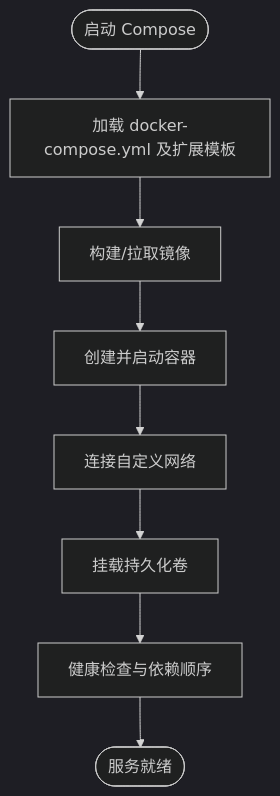
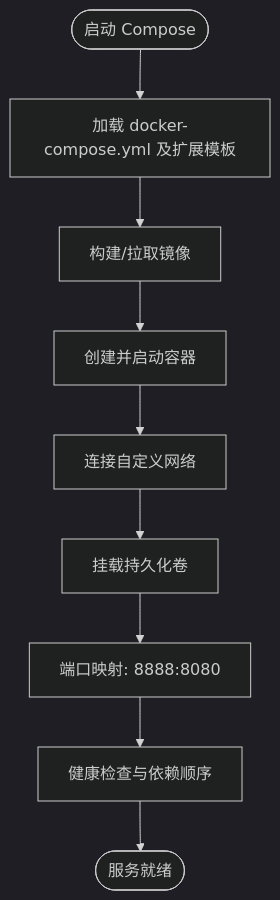
One commit to mcmrzy/cs_inv_monitor-develop changed the third of 9 diagrams in .qoder/repowiki/zh/content/部署与运维/部署与运维.md. Above: the diagram before and after it, drawn with Mermaid (dark theme). The commit also changed other lines of this file and 28 other files, not shown here.

````diff
--- a/.qoder/repowiki/zh/content/部署与运维/部署与运维.md
+++ b/.qoder/repowiki/zh/content/部署与运维/部署与运维.md
@@ -182,10 +193,11 @@
 ```mermaid
 flowchart TD
 Start(["启动 Compose"]) --> Load["加载 docker-compose.yml 及扩展模板"]
 Load --> Build["构建/拉取镜像"]
 Build --> Up["创建并启动容器"]
 Up --> Network["连接自定义网络"]
 Network --> Volumes["挂载持久化卷"]
-Volumes --> Health["健康检查与依赖顺序"]
+Volumes --> Ports["端口映射: 8888:8080"]
+Ports --> Health["健康检查与依赖顺序"]
 Health --> Ready(["服务就绪"])
 ```
````
